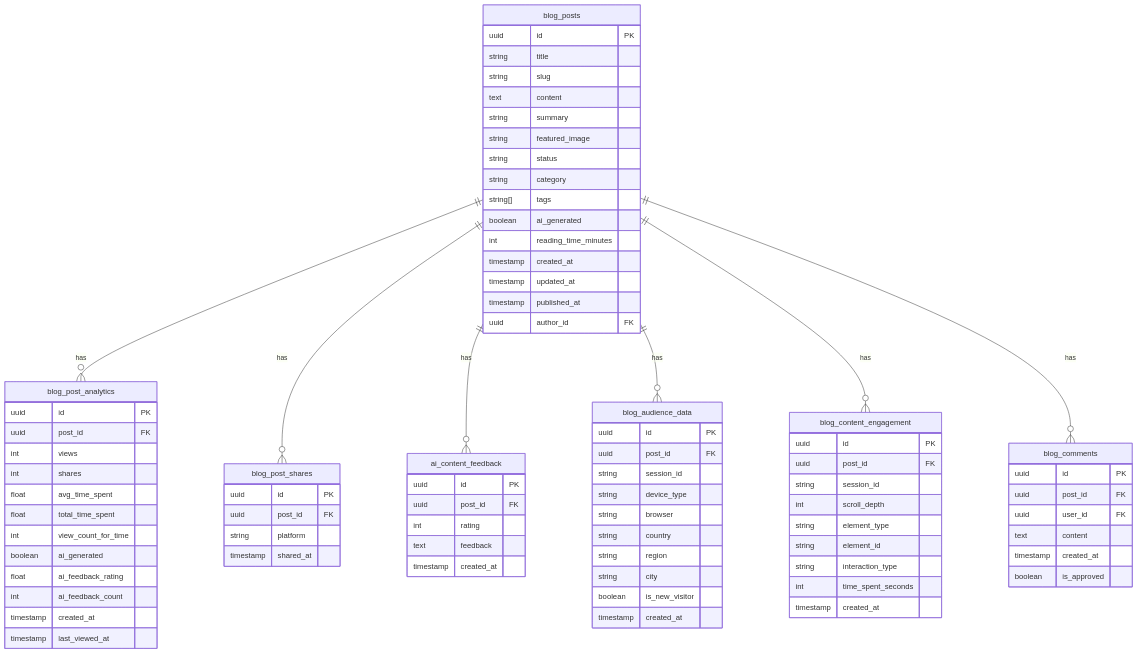
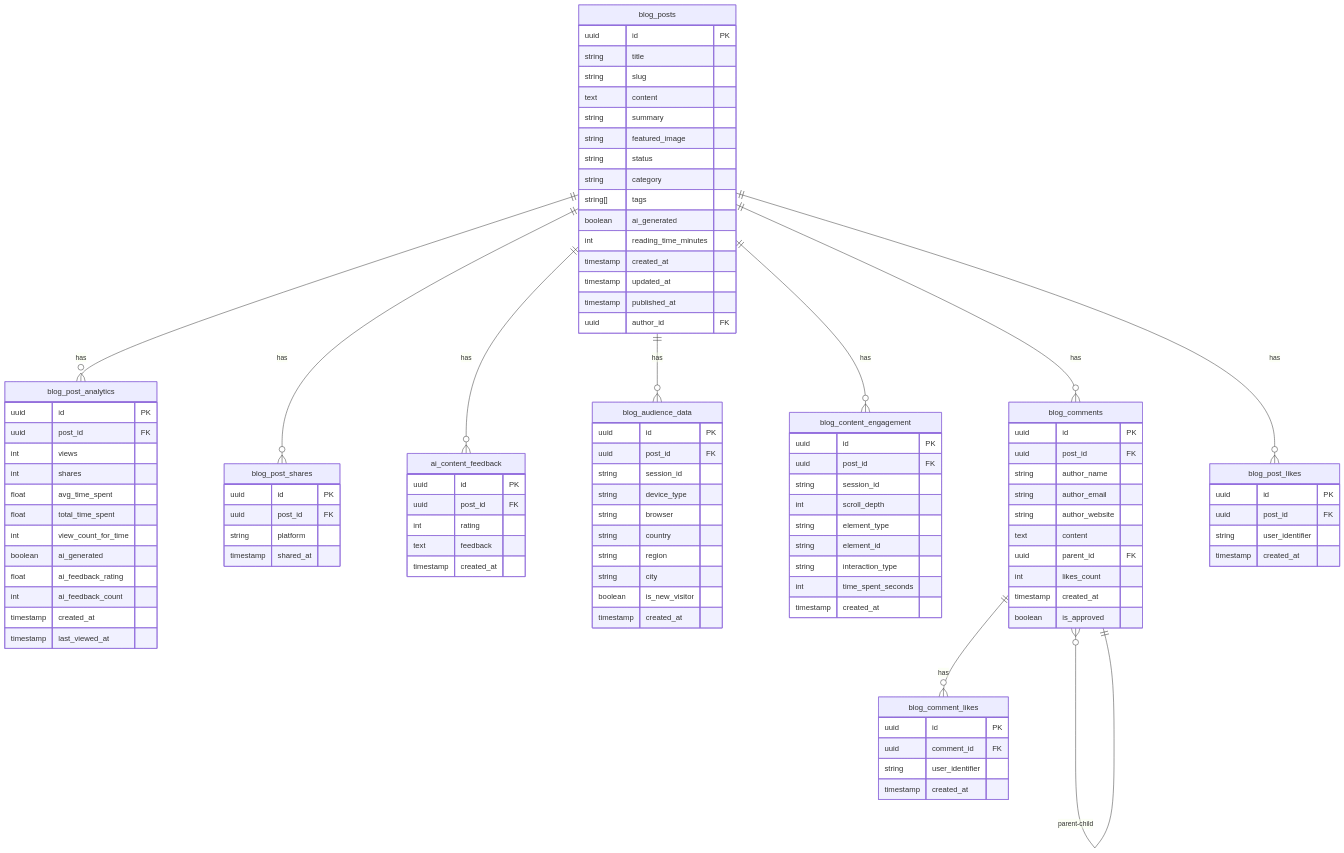
Before and after one commit to KPrince-coder/modern-portfolio: the second of 27 diagrams in docs/blog-system-documentation.md, drawn with Mermaid. The commit also changed other lines of this file, not shown here.

First line of the commit message:
docs: update blog documentation with likes and comments features

````diff
--- a/docs/blog-system-documentation.md
+++ b/docs/blog-system-documentation.md
@@ -67,7 +68,7 @@
         timestamp published_at
         uuid author_id FK
     }
-    
+
     blog_post_analytics {
         uuid id PK
         uuid post_id FK
@@ -82,14 +83,14 @@
         timestamp created_at
         timestamp last_viewed_at
     }
-    
+
     blog_post_shares {
         uuid id PK
         uuid post_id FK
         string platform
         timestamp shared_at
     }
-    
+
     ai_content_feedback {
         uuid id PK
         uuid post_id FK
@@ -97,7 +98,7 @@
         text feedback
         timestamp created_at
     }
-    
+
     blog_audience_data {
         uuid id PK
         uuid post_id FK
@@ -110,7 +111,7 @@
         boolean is_new_visitor
         timestamp created_at
     }
-    
+
     blog_content_engagement {
         uuid id PK
         uuid post_id FK
@@ -122,20 +123,41 @@
         int time_spent_seconds
         timestamp created_at
     }
-    
+
     blog_comments {
         uuid id PK
         uuid post_id FK
-        uuid user_id FK
+        string author_name
+        string author_email
+        string author_website
         text content
+        uuid parent_id FK
+        int likes_count
         timestamp created_at
         boolean is_approved
     }
-    
+
+    blog_post_likes {
+        uuid id PK
+        uuid post_id FK
+        string user_identifier
+        timestamp created_at
+    }
+
+    blog_comment_likes {
+        uuid id PK
+        uuid comment_id FK
+        string user_identifier
+        timestamp created_at
+    }
+
     blog_posts ||--o{ blog_post_analytics : "has"
     blog_posts ||--o{ blog_post_shares : "has"
     blog_posts ||--o{ ai_content_feedback : "has"
     blog_posts ||--o{ blog_audience_data : "has"
     blog_posts ||--o{ blog_content_engagement : "has"
     blog_posts ||--o{ blog_comments : "has"
+    blog_posts ||--o{ blog_post_likes : "has"
+    blog_comments ||--o{ blog_comment_likes : "has"
+    blog_comments }o--|| blog_comments : "parent-child"
 ```
````
